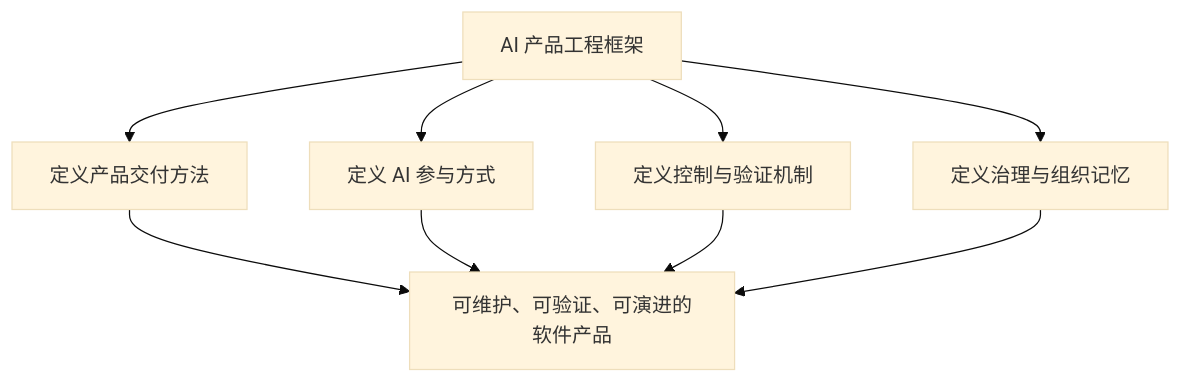
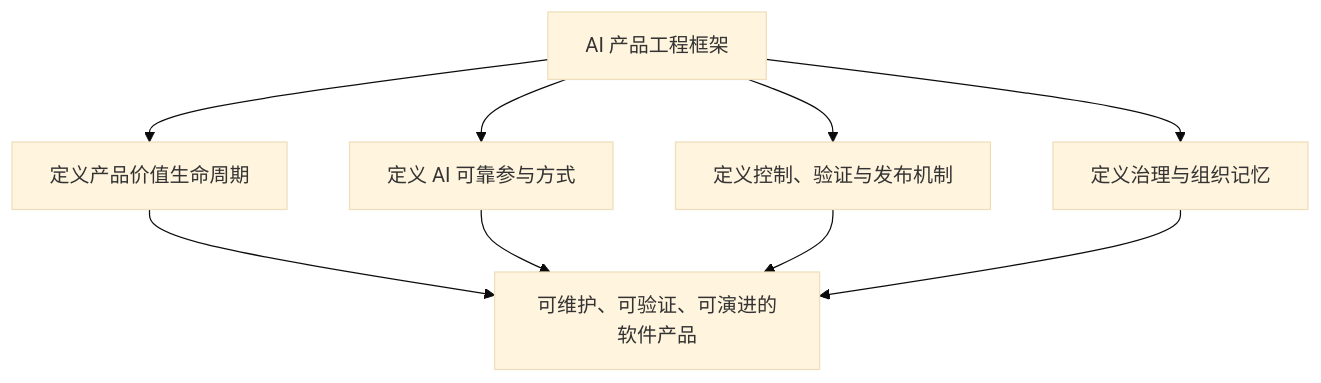
Before and after one commit to zhidao-studio/ai-product-engineering-framework: the first of 2 diagrams in 01_框架定义/AI产品工程边界声明.md, drawn with Mermaid (base theme). The commit also changed other lines of this file, not shown here.

````diff
--- a/01_框架定义/AI产品工程边界声明.md
+++ b/01_框架定义/AI产品工程边界声明.md
@@ -16,14 +16,12 @@
 ```mermaid
 flowchart TB
     F[AI 产品工程框架]
-
-    F --> A[定义产品交付方法]
-    F --> B[定义 AI 参与方式]
-    F --> C[定义控制与验证机制]
+    F --> A[定义产品价值生命周期]
+    F --> B[定义 AI 可靠参与方式]
+    F --> C[定义控制、验证与发布机制]
     F --> D[定义治理与组织记忆]
-
     A --> O[可维护、可验证、可演进的软件产品]
     B --> O
     C --> O
     D --> O
 ```
````
